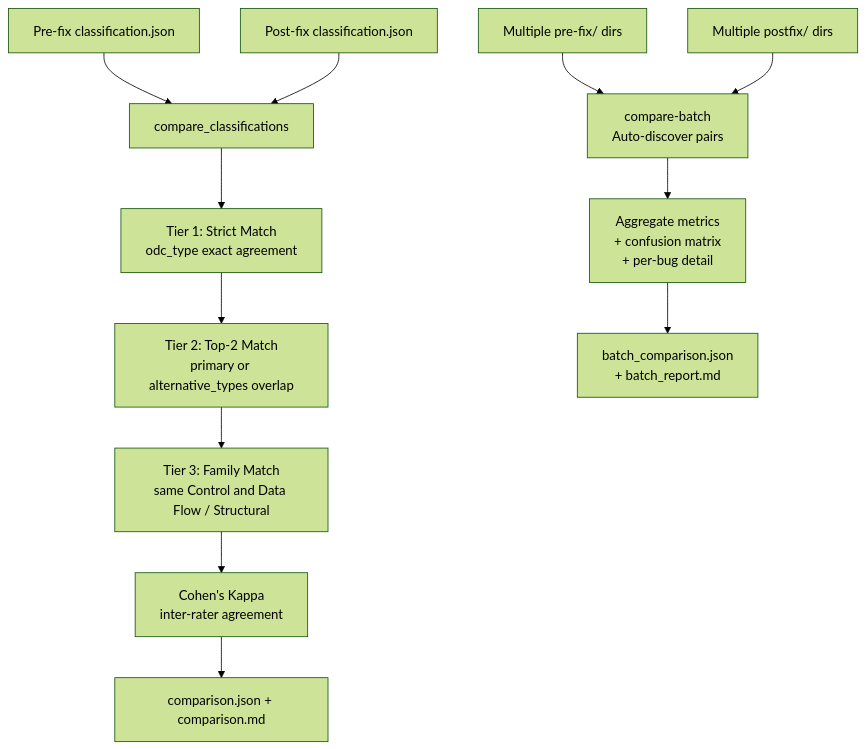
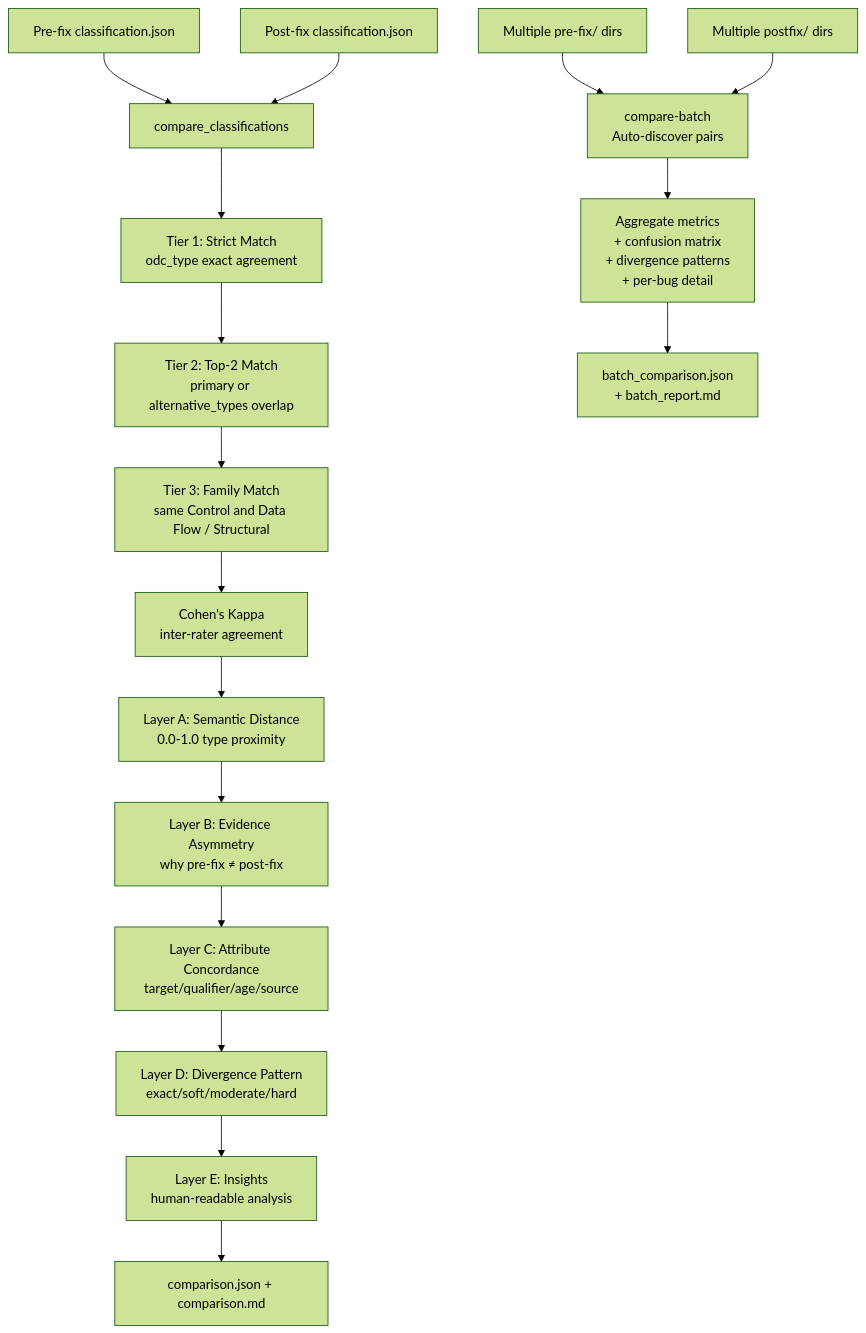
One commit to hasin023/d4j_odc_implementation changed the third of 3 diagrams in README.md. Above: the diagram before and after it, drawn with Mermaid (forest theme). The commit also changed other lines of this file and 18 other files, not shown here.

````diff
--- a/README.md
+++ b/README.md
@@ -62,15 +64,20 @@
 ```mermaid
 flowchart TD
     A["Pre-fix classification.json"] --> C[compare_classifications]
     B["Post-fix classification.json"] --> C
     C --> D[Tier 1: Strict Match\nodc_type exact agreement]
     D --> E[Tier 2: Top-2 Match\nprimary or alternative_types overlap]
     E --> F[Tier 3: Family Match\nsame Control and Data Flow / Structural]
     F --> G[Cohen's Kappa\ninter-rater agreement]
-    G --> H["comparison.json + comparison.md"]
+    G --> H1[Layer A: Semantic Distance\n0.0-1.0 type proximity]
+    H1 --> H2[Layer B: Evidence Asymmetry\nwhy pre-fix ≠ post-fix]
+    H2 --> H3[Layer C: Attribute Concordance\ntarget/qualifier/age/source]
+    H3 --> H4[Layer D: Divergence Pattern\nexact/soft/moderate/hard]
+    H4 --> H5[Layer E: Insights\nhuman-readable analysis]
+    H5 --> H["comparison.json + comparison.md"]
 
     I["Multiple pre-fix/ dirs"] --> J[compare-batch\nAuto-discover pairs]
     K["Multiple postfix/ dirs"] --> J
-    J --> L[Aggregate metrics\n+ confusion matrix\n+ per-bug detail]
+    J --> L[Aggregate metrics\n+ confusion matrix\n+ divergence patterns\n+ per-bug detail]
     L --> M["batch_comparison.json\n+ batch_report.md"]
 ```
````
